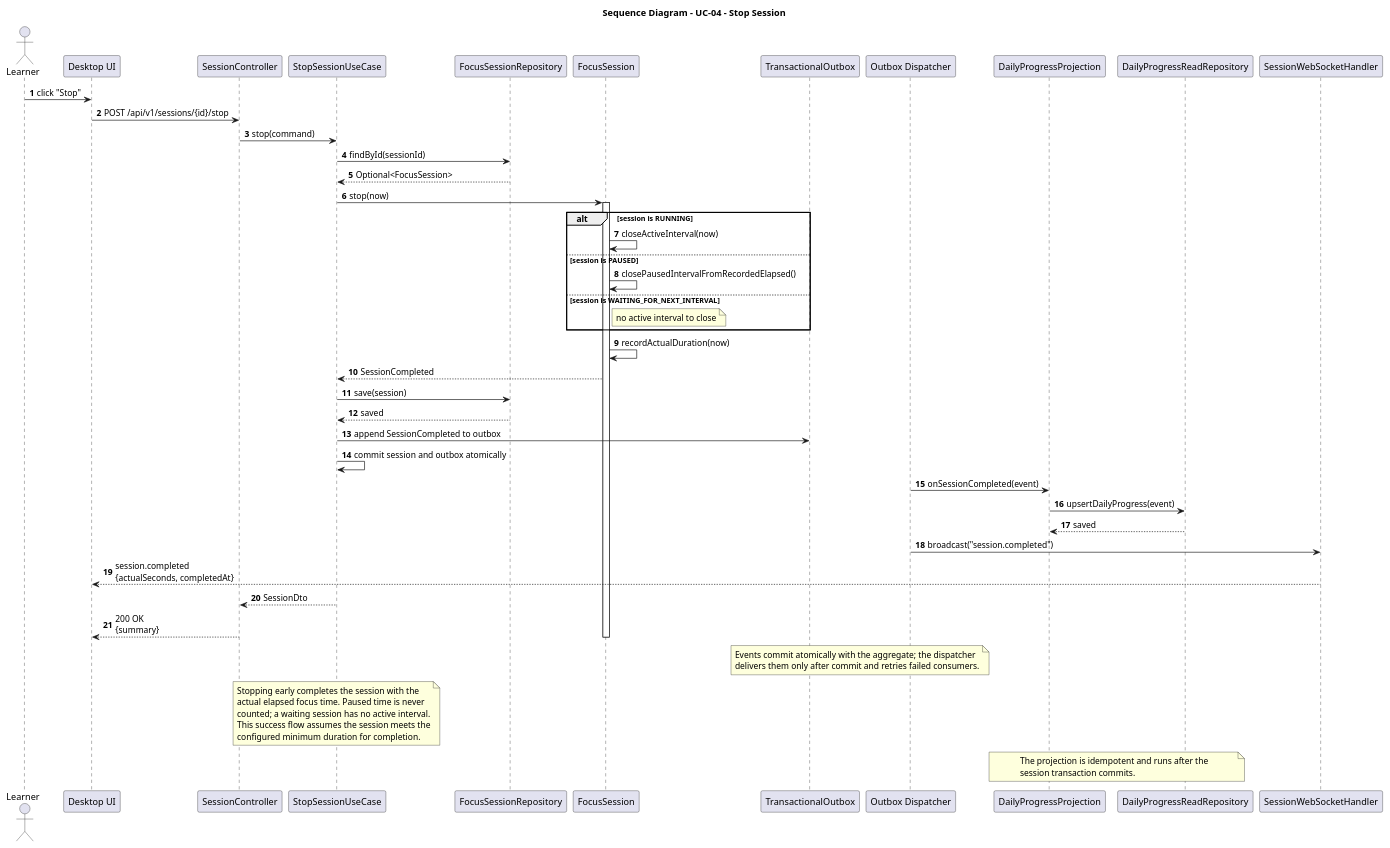
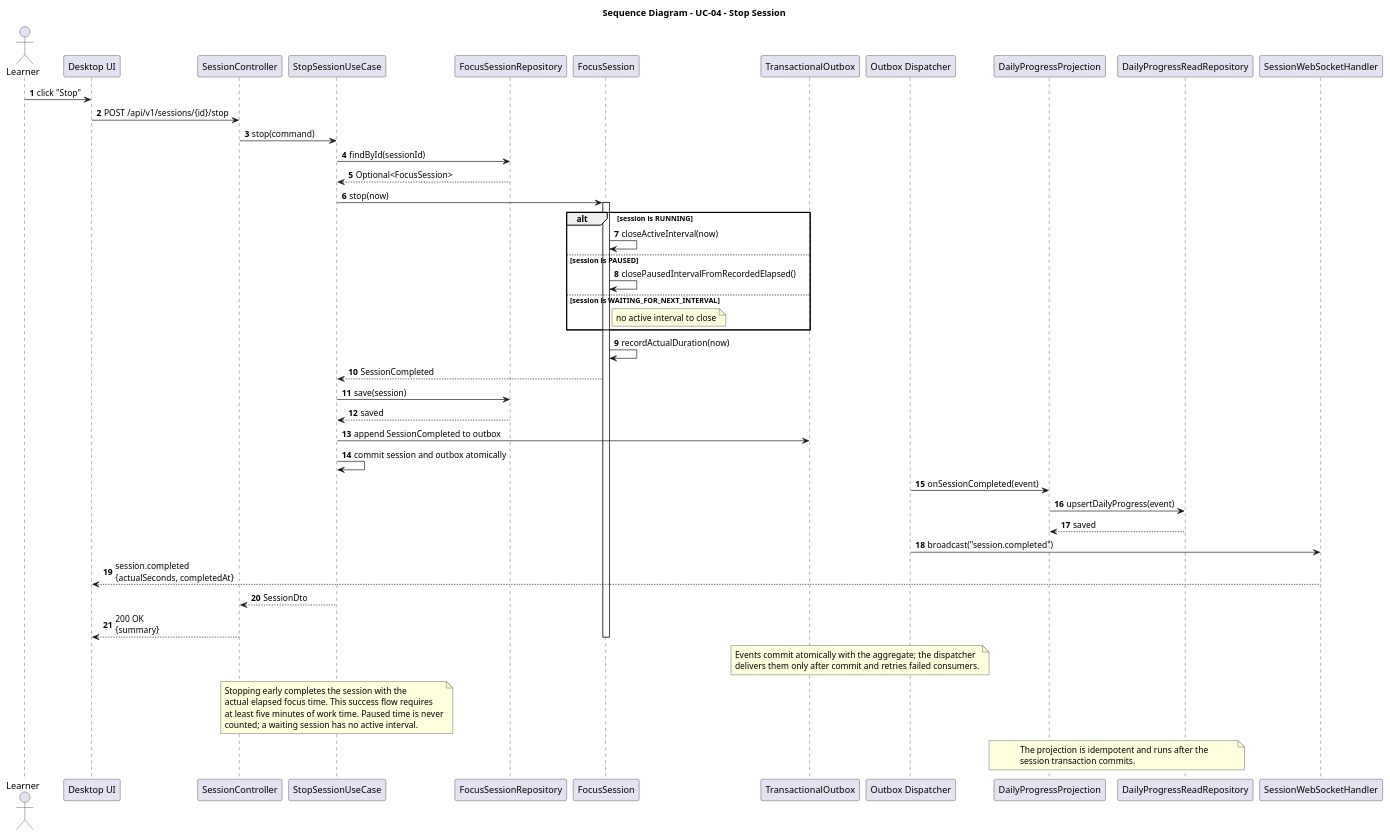
Before and after one commit to MiguelRibeiro1210/Focus-and-Study-Tracking: the diagram in docs/SD/SD_StopSession.puml, drawn with PlantUML. The commit also changed 10 other files, not shown here.

```diff
--- a/docs/SD/SD_StopSession.puml
+++ b/docs/SD/SD_StopSession.puml
@@ -1,65 +1,64 @@
 @startuml
 title Sequence Diagram - UC-04 - Stop Session
 
 autonumber
 actor Learner
 participant "Desktop UI" as UI
 participant "SessionController" as Controller
 participant "StopSessionUseCase" as UseCase
 participant "FocusSessionRepository" as SessionRepo
 participant "FocusSession" as Session
 participant "TransactionalOutbox" as Events
 participant "Outbox Dispatcher" as Dispatcher
 participant "DailyProgressProjection" as Projection
 participant "DailyProgressReadRepository" as ProgressRepo
 participant "SessionWebSocketHandler" as WS
 
 Learner -> UI : click "Stop"
 UI -> Controller : POST /api/v1/sessions/{id}/stop
 Controller -> UseCase : stop(command)
 UseCase -> SessionRepo : findById(sessionId)
 SessionRepo --> UseCase : Optional<FocusSession>
 
 UseCase -> Session : stop(now)
 activate Session
 alt session is RUNNING
   Session -> Session : closeActiveInterval(now)
 else session is PAUSED
   Session -> Session : closePausedIntervalFromRecordedElapsed()
 else session is WAITING_FOR_NEXT_INTERVAL
   note right of Session : no active interval to close
 end
 Session -> Session : recordActualDuration(now)
 Session --> UseCase : SessionCompleted
 UseCase -> SessionRepo : save(session)
 SessionRepo --> UseCase : saved
 UseCase -> Events : append SessionCompleted to outbox
 UseCase -> UseCase : commit session and outbox atomically
 Dispatcher -> Projection : onSessionCompleted(event)
 Projection -> ProgressRepo : upsertDailyProgress(event)
 ProgressRepo --> Projection : saved
 Dispatcher -> WS : broadcast("session.completed")
 WS --> UI : session.completed\n{actualSeconds, completedAt}
 UseCase --> Controller : SessionDto
 Controller --> UI : 200 OK\n{summary}
 deactivate Session
 
 note over Events, Dispatcher
   Events commit atomically with the aggregate; the dispatcher
   delivers them only after commit and retries failed consumers.
 end note
 
 note over UseCase
   Stopping early completes the session with the
-  actual elapsed focus time. Paused time is never
+  actual elapsed focus time. This success flow requires
+  at least five minutes of work time. Paused time is never
   counted; a waiting session has no active interval.
-  This success flow assumes the session meets the
-  configured minimum duration for completion.
 end note
 
 note over Projection, ProgressRepo
   The projection is idempotent and runs after the
   session transaction commits.
 end note
 
 @enduml
```
